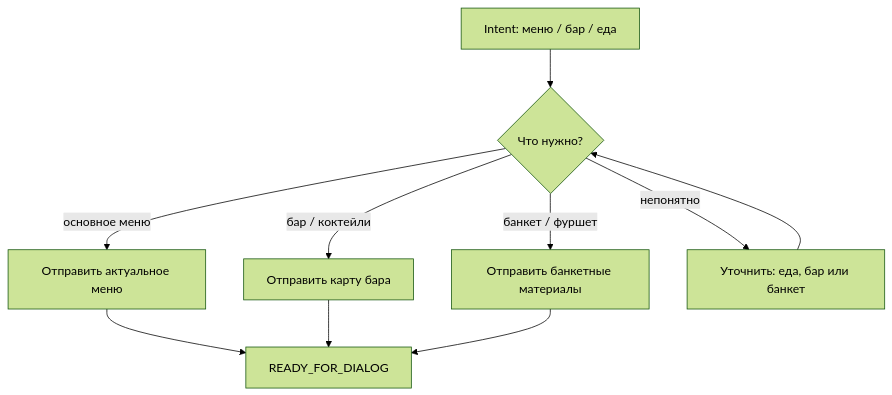
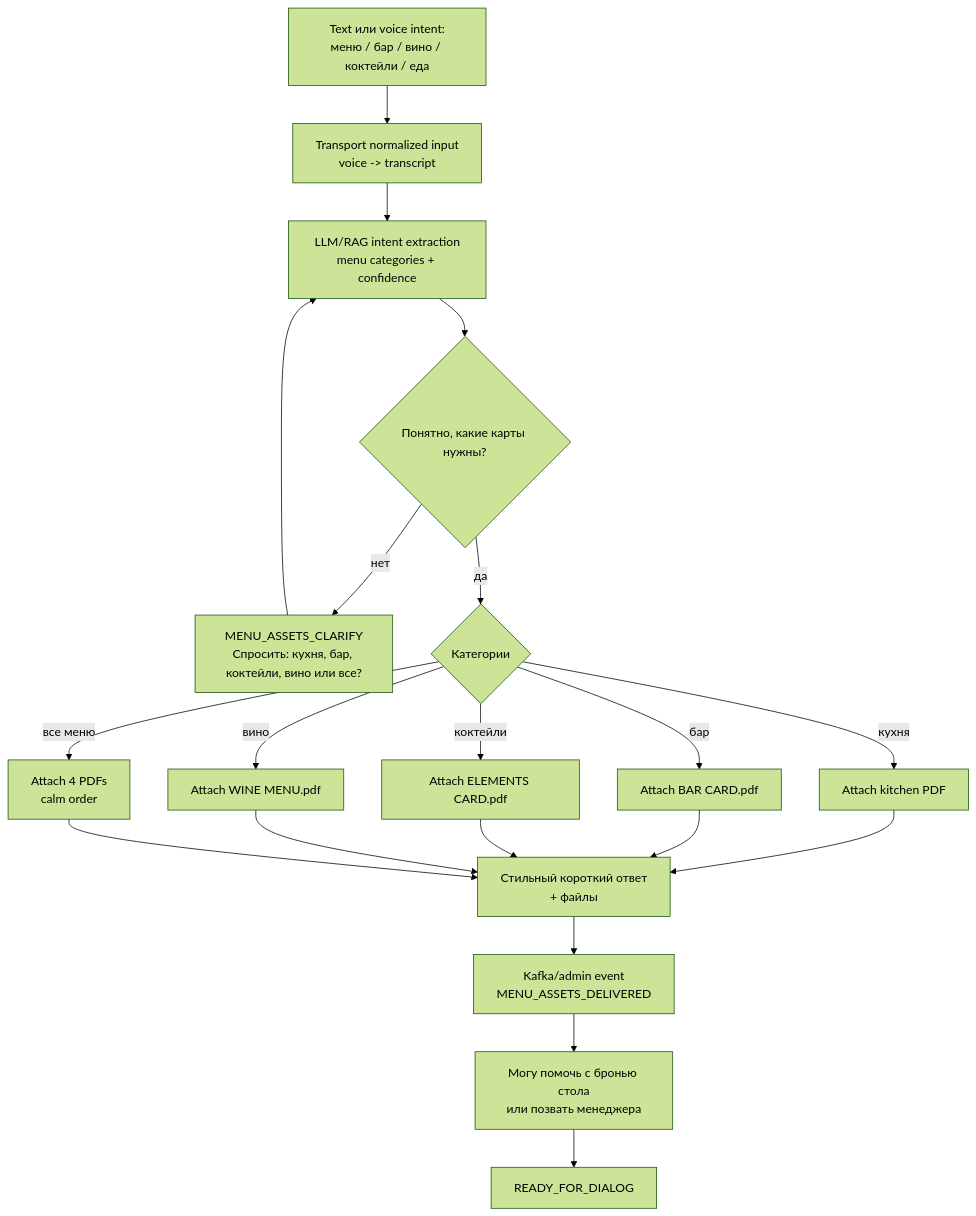
Before and after one commit to michaelwelly/Astor_Butler_MVP: the sixth of 15 diagrams in docs/FSM_SCENARIOS.md, drawn with Mermaid (forest theme). The commit also changed other lines of this file and 41 other files, not shown here.

````diff
--- a/docs/FSM_SCENARIOS.md
+++ b/docs/FSM_SCENARIOS.md
@@ -379,12 +417,22 @@
 ```mermaid
 flowchart TD
-    Start["Intent: меню / бар / еда"] --> Which{"Что нужно?"}
-    Which -- "основное меню" --> MainMenuDoc["Отправить актуальное меню"]
-    Which -- "бар / коктейли" --> Bar["Отправить карту бара"]
-    Which -- "банкет / фуршет" --> Banquet["Отправить банкетные материалы"]
-    Which -- "непонятно" --> Clarify["Уточнить: еда, бар или банкет"]
-    MainMenuDoc --> Home["READY_FOR_DIALOG"]
-    Bar --> Home
-    Banquet --> Home
-    Clarify --> Which
+    Start["Text или voice intent:<br/>меню / бар / вино / коктейли / еда"] --> Transport["Transport normalized input<br/>voice -> transcript"]
+    Transport --> Classify["LLM/RAG intent extraction<br/>menu categories + confidence"]
+    Classify --> NeedClarify{"Понятно, какие карты нужны?"}
+    NeedClarify -- "нет" --> Clarify["MENU_ASSETS_CLARIFY<br/>Спросить: кухня, бар, коктейли, вино или все?"]
+    Clarify --> Classify
+    NeedClarify -- "да" --> Select{"Категории"}
+    Select -- "кухня" --> Food["Attach kitchen PDF"]
+    Select -- "бар" --> Bar["Attach BAR CARD.pdf"]
+    Select -- "коктейли" --> Elements["Attach ELEMENTS CARD.pdf"]
+    Select -- "вино" --> Wine["Attach WINE MENU.pdf"]
+    Select -- "все меню" --> All["Attach 4 PDFs<br/>calm order"]
+    Food --> Reply["Стильный короткий ответ<br/>+ файлы"]
+    Bar --> Reply
+    Elements --> Reply
+    Wine --> Reply
+    All --> Reply
+    Reply --> Log["Kafka/admin event<br/>MENU_ASSETS_DELIVERED"]
+    Log --> Offer["Могу помочь с бронью стола<br/>или позвать менеджера"]
+    Offer --> Home["READY_FOR_DIALOG"]
 ```
````
